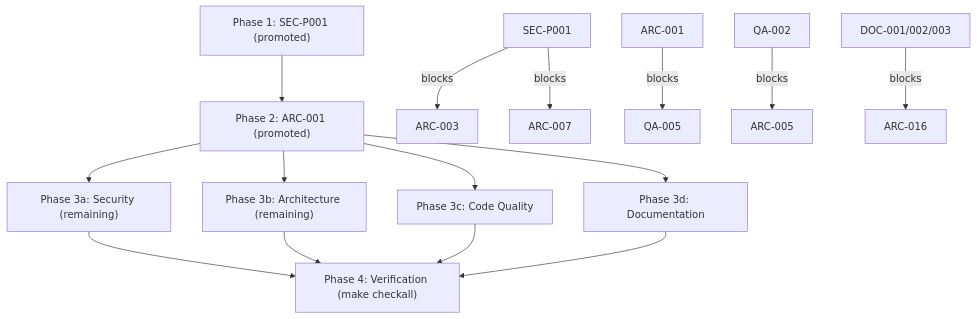
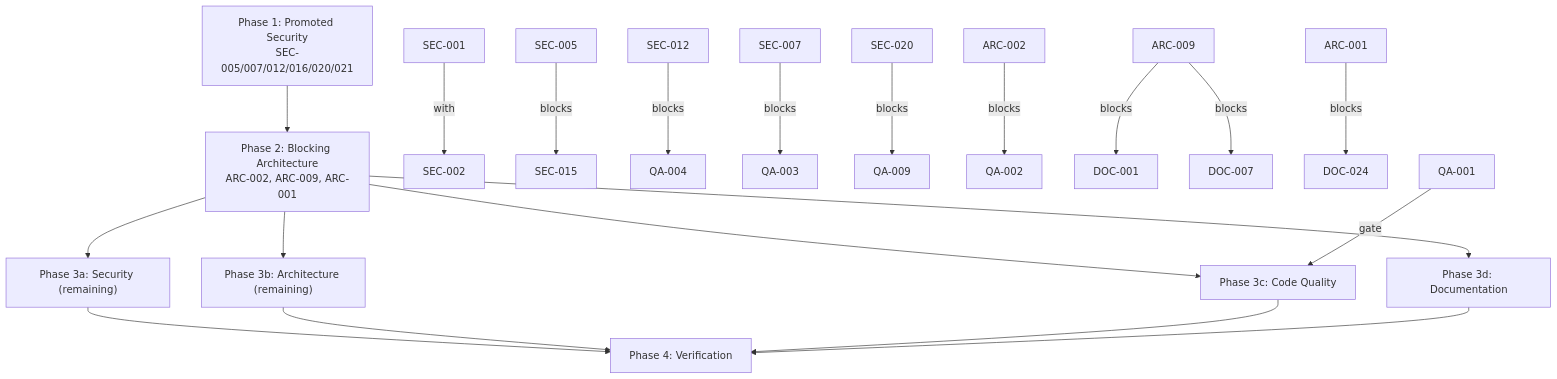
Before and after one commit to paulrobello/parsidion: the diagram in AUDIT.md, drawn with Mermaid. The commit also changed other lines of this file and 6 other files, not shown here.

````diff
--- a/AUDIT.md
+++ b/AUDIT.md
@@ -350,20 +630,25 @@
 ```mermaid
 graph TD
-    P1["Phase 1: SEC-P001 (promoted)"]
-    P2["Phase 2: ARC-001 (promoted)"]
+    P1["Phase 1: Promoted Security<br/>SEC-005/007/012/016/020/021"]
+    P2["Phase 2: Blocking Architecture<br/>ARC-002, ARC-009, ARC-001"]
     P3a["Phase 3a: Security (remaining)"]
     P3b["Phase 3b: Architecture (remaining)"]
     P3c["Phase 3c: Code Quality"]
     P3d["Phase 3d: Documentation"]
-    P4["Phase 4: Verification (make checkall)"]
+    P4["Phase 4: Verification"]
 
     P1 --> P2
     P2 --> P3a & P3b & P3c & P3d
     P3a & P3b & P3c & P3d --> P4
 
-    SECP001["SEC-P001"] -->|blocks| ARC003["ARC-003"]
-    SECP001 -->|blocks| ARC007["ARC-007"]
-    ARC001["ARC-001"] -->|blocks| QA005["QA-005"]
-    QA002["QA-002"] -->|blocks| ARC005["ARC-005"]
-    DOCS["DOC-001/002/003"] -->|blocks| ARC016["ARC-016"]
+    SEC001["SEC-001"] -->|with| SEC002["SEC-002"]
+    SEC005["SEC-005"] -->|blocks| SEC015["SEC-015"]
+    SEC012["SEC-012"] -->|blocks| QA004["QA-004"]
+    SEC007["SEC-007"] -->|blocks| QA003["QA-003"]
+    SEC020["SEC-020"] -->|blocks| QA009["QA-009"]
+    ARC002["ARC-002"] -->|blocks| QA002["QA-002"]
+    ARC009["ARC-009"] -->|blocks| DOC001["DOC-001"]
+    ARC009 -->|blocks| DOC007["DOC-007"]
+    ARC001["ARC-001"] -->|blocks| DOC024["DOC-024"]
+    QA001["QA-001"] -->|gate| P3c
 ```
````
